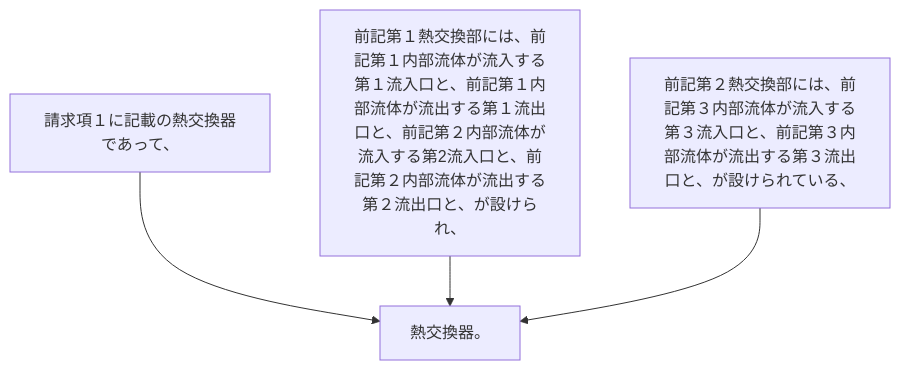
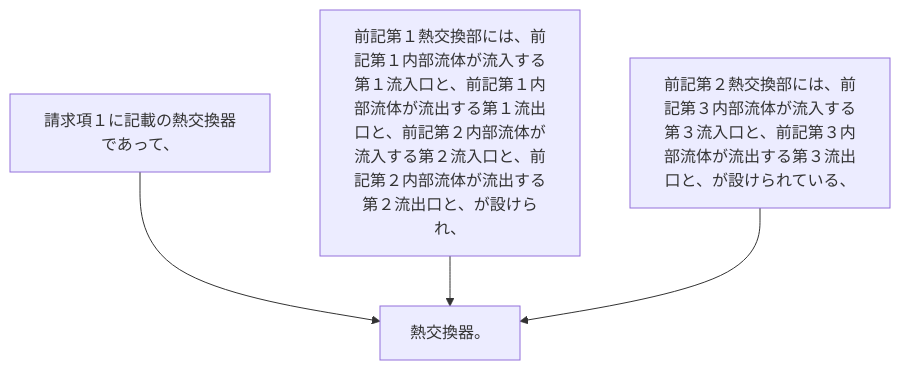
Before and after one commit to shinmori55/patent_analyzed: the diagram in 2024/JP2024007944A/claim_7/claim_7_graph.md, drawn with Mermaid. The commit also changed 11 other files, not shown here.

````diff
--- a/2024/JP2024007944A/claim_7/claim_7_graph.md
+++ b/2024/JP2024007944A/claim_7/claim_7_graph.md
@@ -1,10 +1,10 @@
 ```mermaid
 flowchart TD
 A[請求項１に記載の熱交換器であって、]
-B[前記第１熱交換部には、前記第１内部流体が流入する第１流入口と、前記第１内部流体が流出する第１流出口と、前記第２内部流体が流入する第2流入口と、前記第２内部流体が流出する第２流出口と、が設けられ、]
+B[前記第１熱交換部には、前記第１内部流体が流入する第１流入口と、前記第１内部流体が流出する第１流出口と、前記第２内部流体が流入する第２流入口と、前記第２内部流体が流出する第２流出口と、が設けられ、]
 C[前記第２熱交換部には、前記第３内部流体が流入する第３流入口と、前記第３内部流体が流出する第３流出口と、が設けられている、]
 D[熱交換器。]
 A --> D
 B --> D
 C --> D
 ```
````
